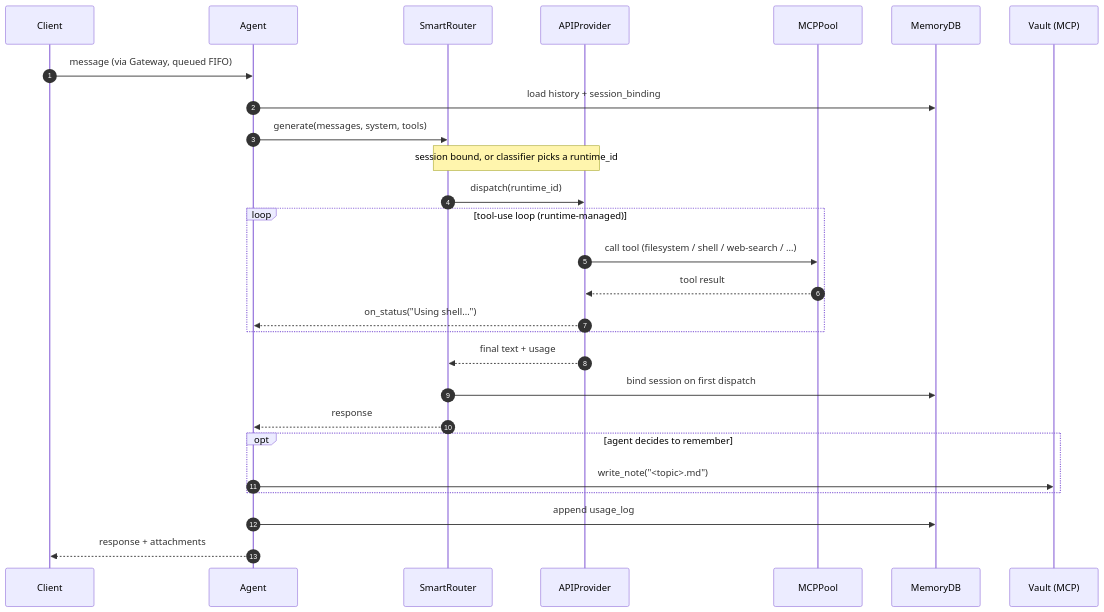
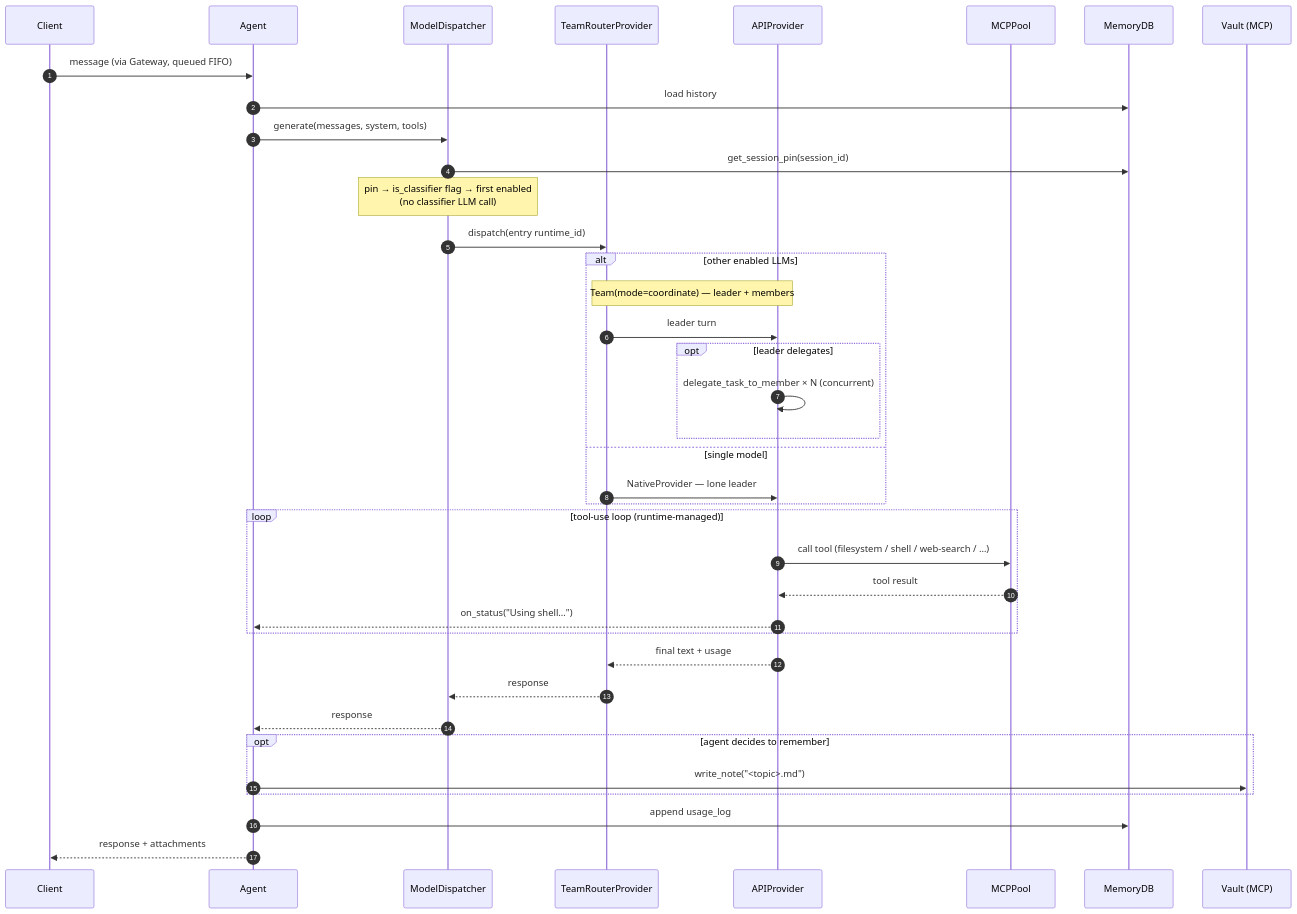
One commit to openagent-uno/openagent-docs changed the second of 9 diagrams in guide/architecture.md. Above: the diagram before and after it, drawn with Mermaid. The commit also changed other lines of this file and 6 other files, not shown here.

````diff
--- a/guide/architecture.md
+++ b/guide/architecture.md
@@ -60,32 +61,45 @@
 ```mermaid
 sequenceDiagram
     autonumber
     participant C as Client
     participant A as Agent
-    participant R as SmartRouter
+    participant R as ModelDispatcher
+    participant T as TeamRouterProvider
     participant AG as APIProvider
     participant P as MCPPool
     participant DB as MemoryDB
     participant V as Vault (MCP)
 
     C->>A: message (via Gateway, queued FIFO)
-    A->>DB: load history + session_binding
+    A->>DB: load history
     A->>R: generate(messages, system, tools)
 
-    Note over R,AG: session bound, or classifier picks a runtime_id
-    R->>AG: dispatch(runtime_id)
+    R->>DB: get_session_pin(session_id)
+    Note over R: pin → is_classifier flag → first enabled<br/>(no classifier LLM call)
+    R->>T: dispatch(entry runtime_id)
+
+    alt other enabled LLMs
+        Note over T,AG: Team(mode=coordinate) — leader + members
+        T->>AG: leader turn
+        opt leader delegates
+            AG->>AG: delegate_task_to_member × N (concurrent)
+        end
+    else single model
+        T->>AG: NativeProvider — lone leader
+    end
+
     loop tool-use loop (runtime-managed)
         AG->>P: call tool (filesystem / shell / web-search / …)
         P-->>AG: tool result
         AG-->>A: on_status("Using shell…")
     end
-    AG-->>R: final text + usage
+    AG-->>T: final text + usage
+    T-->>R: response
 
-    R->>DB: bind session on first dispatch
     R-->>A: response
     opt agent decides to remember
         A->>V: write_note("<topic>.md")
     end
     A->>DB: append usage_log
     A-->>C: response + attachments
 ```
````
